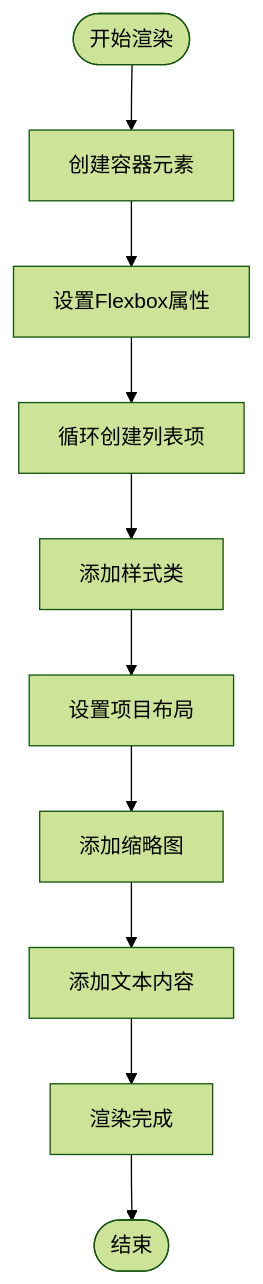
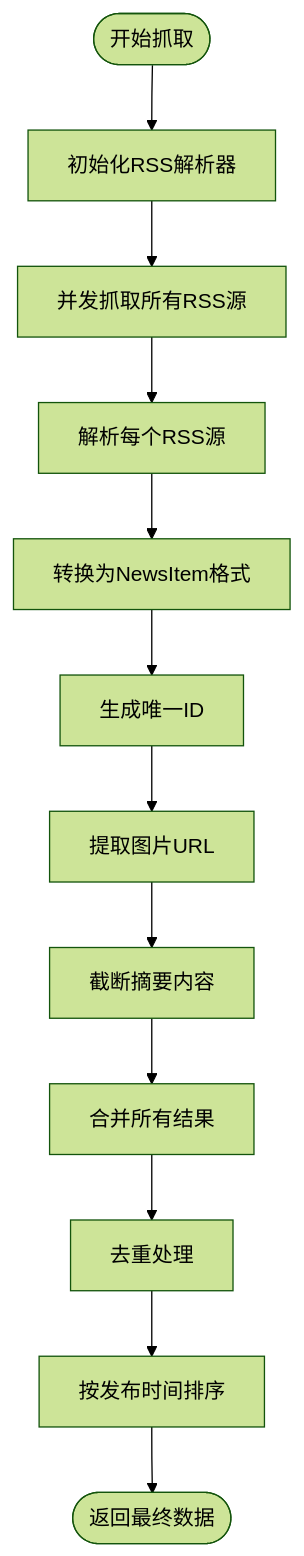
The second of 5 diagrams in .qoder/repowiki/zh/content/快速开始.md (huanglixinccc/next-demo-collection), drawn with Mermaid (forest theme) before and after one commit. The commit also changed other lines of this file and 10 other files, not shown here.

````diff
--- a/.qoder/repowiki/zh/content/快速开始.md
+++ b/.qoder/repowiki/zh/content/快速开始.md
@@ -188,12 +194,14 @@
 ```mermaid
 flowchart TD
-Start([开始渲染]) --> CreateContainer["创建容器元素"]
-CreateContainer --> SetFlex["设置Flexbox属性"]
-SetFlex --> CreateItems["循环创建列表项"]
-CreateItems --> AddStyles["添加样式类"]
-AddStyles --> SetItemLayout["设置项目布局"]
-SetItemLayout --> AddImage["添加缩略图"]
-AddImage --> AddText["添加文本内容"]
-AddText --> RenderComplete["渲染完成"]
-RenderComplete --> End([结束])
+Start([开始抓取]) --> InitParser["初始化RSS解析器"]
+InitParser --> FetchSources["并发抓取所有RSS源"]
+FetchSources --> ParseFeed["解析每个RSS源"]
+ParseFeed --> TransformData["转换为NewsItem格式"]
+TransformData --> GenerateID["生成唯一ID"]
+GenerateID --> ExtractImage["提取图片URL"]
+ExtractImage --> TruncateText["截断摘要内容"]
+TruncateText --> CombineResults["合并所有结果"]
+CombineResults --> RemoveDuplicates["去重处理"]
+RemoveDuplicates --> SortByDate["按发布时间排序"]
+SortByDate --> ReturnData([返回最终数据])
 ```
````
